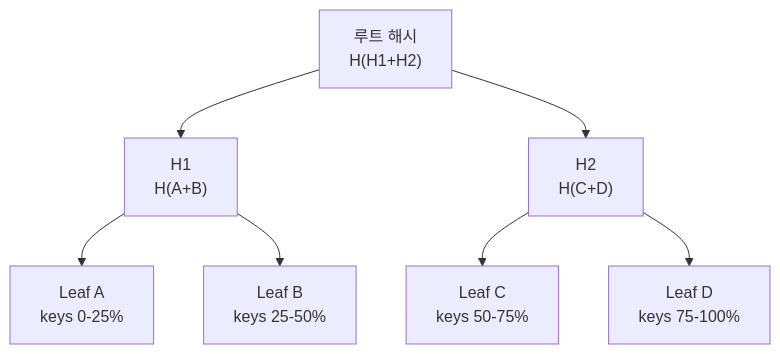
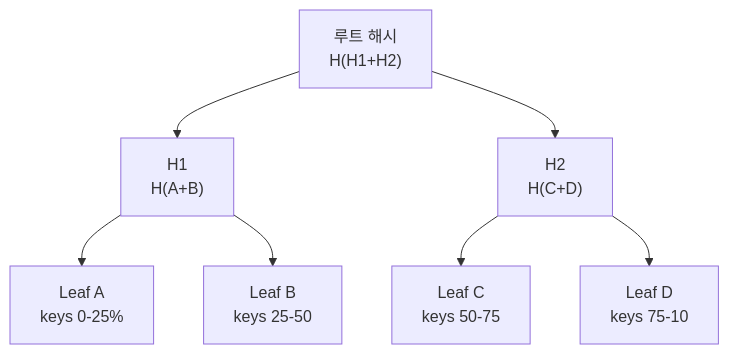
The fourth of 8 diagrams in _posts/systemdesign/2026-05-03-system-design-kv-store.md (yjkim2015/yjkim2015.github.io), drawn with Mermaid before and after one commit. The commit also changed other lines of this file and 271 other files, not shown here.

First line of the commit message:
Mermaid 라벨 축소: 긴 노드 텍스트 18자 이하로 트림 + \n 제거

````diff
--- a/_posts/systemdesign/2026-05-03-system-design-kv-store.md
+++ b/_posts/systemdesign/2026-05-03-system-design-kv-store.md
@@ -337,9 +337,9 @@
 ```mermaid
 graph TD
     R["루트 해시\nH(H1+H2)"] --> H1["H1\nH(A+B)"]
     R --> H2["H2\nH(C+D)"]
     H1 --> A["Leaf A\nkeys 0-25%"]
-    H1 --> B["Leaf B\nkeys 25-50%"]
-    H2 --> C["Leaf C\nkeys 50-75%"]
-    H2 --> D["Leaf D\nkeys 75-100%"]
+    H1 --> B["Leaf B\nkeys 25-50"]
+    H2 --> C["Leaf C\nkeys 50-75"]
+    H2 --> D["Leaf D\nkeys 75-10"]
 ```
````
